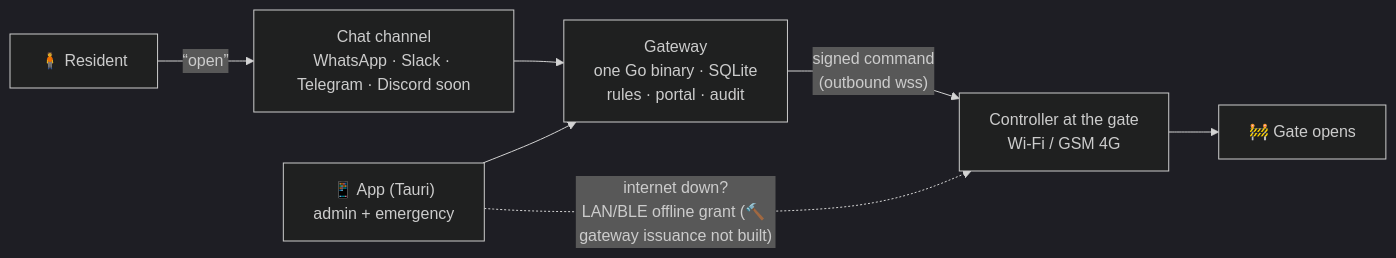
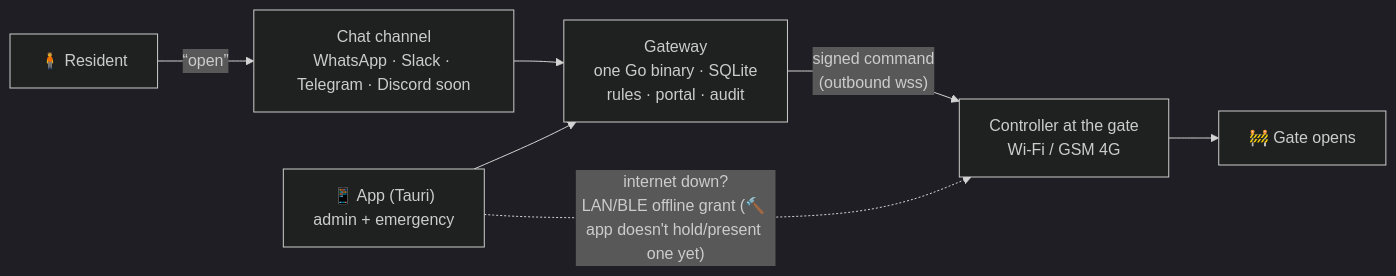
The first of 2 diagrams in README.md (vul-os/whatsacc), drawn with Mermaid (dark theme) before and after one commit. The commit also changed other lines of this file and 16 other files, not shown here.

````diff
--- a/README.md
+++ b/README.md
@@ -40,9 +40,9 @@
 ```mermaid
 flowchart LR
     R["🧍 Resident"] -- "“open”" --> CH["Chat channel<br/>WhatsApp · Slack · Telegram · Discord soon"]
     CH --> GW["Gateway<br/>one Go binary · SQLite<br/>rules · portal · audit"]
     APP["📱 App (Tauri)<br/>admin + emergency"] --> GW
     GW -- "signed command<br/>(outbound wss)" --> C["Controller at the gate<br/>Wi-Fi / GSM 4G"]
     C --> G["🚧 Gate opens"]
-    APP -. "internet down?<br/>LAN/BLE offline grant (🔨 gateway issuance not built)" .-> C
+    APP -. "internet down?<br/>LAN/BLE offline grant (🔨 app doesn't hold/present one yet)" .-> C
 ```
````
